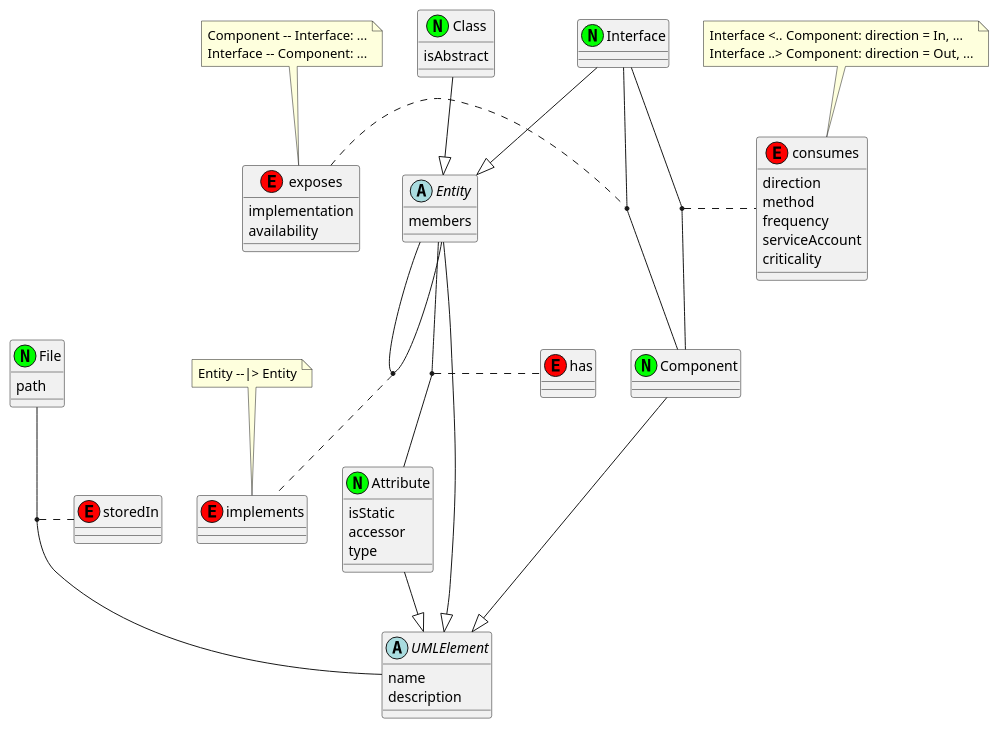
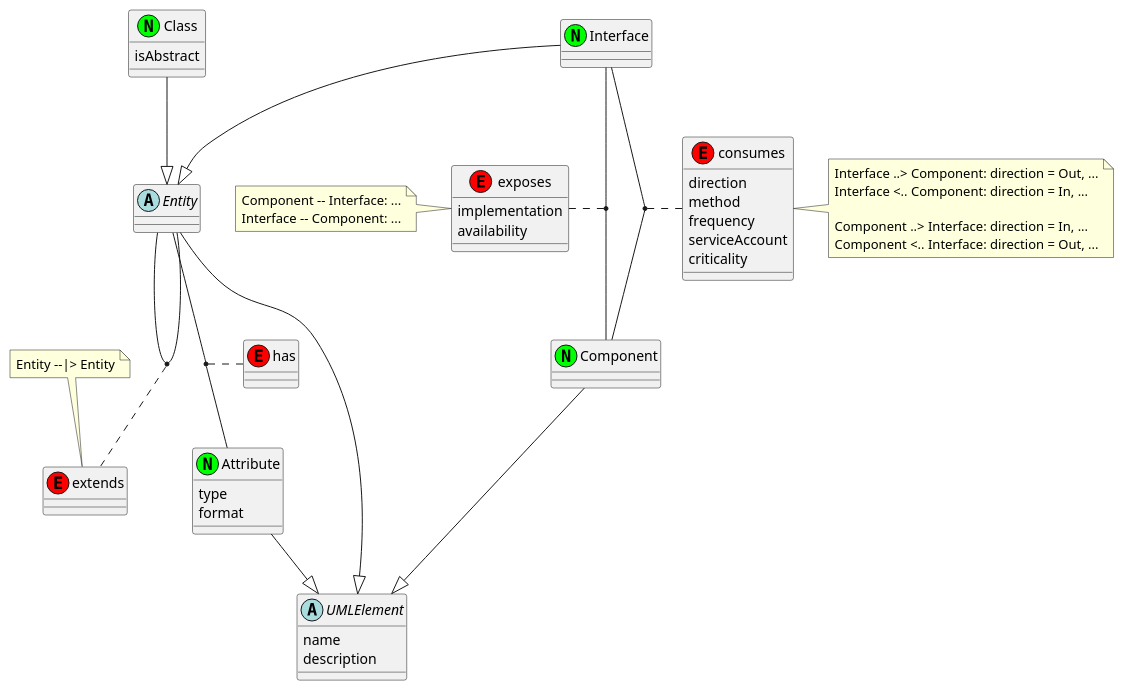
Before and after one commit to Enteee/plantuml-parser: the diagram in src/formatters/README.md, drawn with PlantUML. The commit also changed 48 other files, not shown here.

Commit message:
Implement Graph output

````diff
--- a/src/formatters/README.md
+++ b/src/formatters/README.md
@@ -5,77 +5,72 @@
 ```plantuml
 @startuml
 class has << (E,#FF0000) >> {
 }
-class storedIn << (E,#FF0000) >> {
-}
-class implements << (E,#FF0000) >> {
+
+class extends << (E,#FF0000) >> {
 }
 note top
   Entity --|> Entity
 end note
+
 class exposes << (E,#FF0000) >> {
   implementation
   availability
 }
-note top
+note left
   Component -- Interface: ...
   Interface -- Component: ...
 end note
 
 class consumes << (E,#FF0000) >> {
   direction
   method
   frequency
   serviceAccount
   criticality
 }
-note top 
+note right
+  Interface ..> Component: direction = Out, ...
   Interface <.. Component: direction = In, ...
-  Interface ..> Component: direction = Out, ...
+
+  Component ..> Interface: direction = In, ...
+  Component <.. Interface: direction = Out, ...
 end note
 
 abstract class UMLElement {
   name
   description
 }
 
 abstract class Entity {
-  members
 }
 Entity --|> UMLElement
 Entity -- Entity
-(Entity, Entity) .. implements
+(Entity, Entity) .. extends
 Entity -- Attribute
 (Entity, Attribute) .. has
 
 class Class << (N,#00FF00) >> {
   isAbstract
 }
 Class --|> Entity
 
 class Interface << (N,#00FF00) >> {
 }
 Interface --|> Entity
 Interface -- Component
 (Interface, Component) .. exposes
 Interface -- Component
 (Interface, Component) .. consumes
 
 class Attribute << (N,#00FF00) >> {
-  isStatic
-  accessor
   type
+  format
 }
 Attribute --|> UMLElement
-
-class File << (N,#00FF00) >> {
-  path
-}
-File -- UMLElement
-(File, UMLElement) .. storedIn
 
 class Component << (N,#00FF00) >> {
 }
 Component --|> UMLElement
 @enduml
 ```
````
